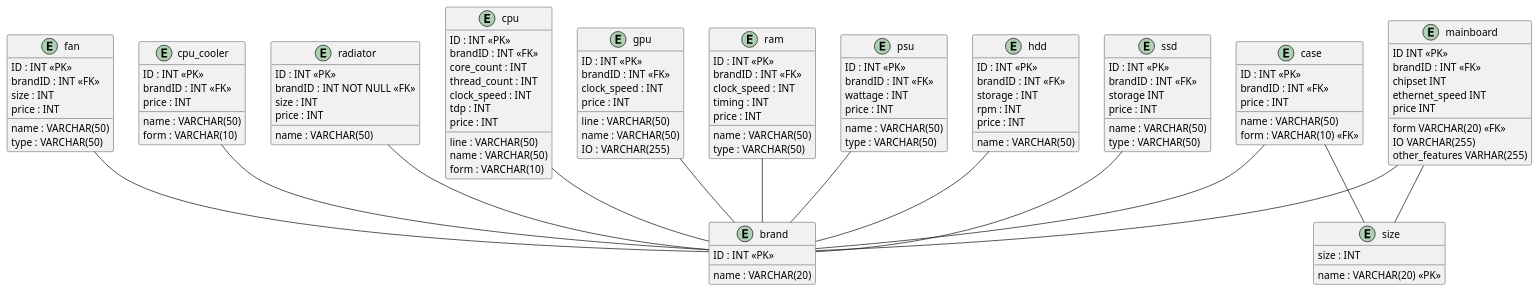
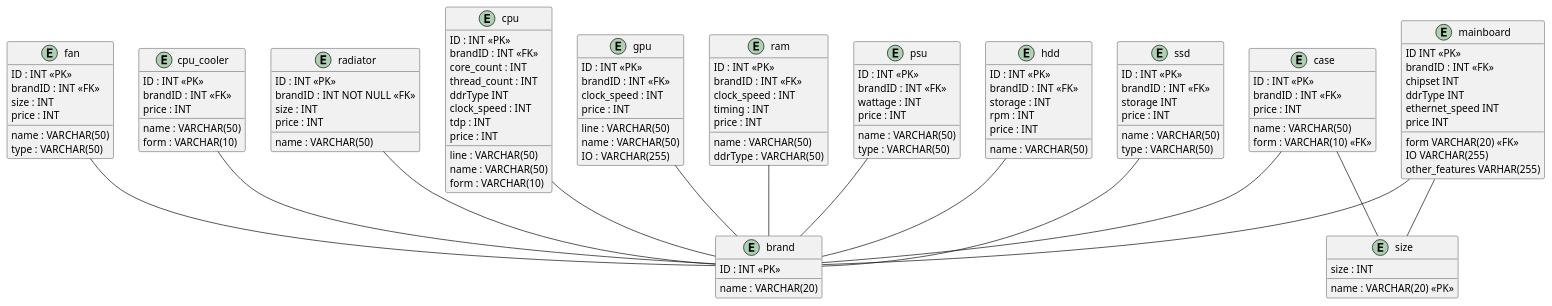
The diagram in database/ERM.pu (osakaruhub/BuildAPC), drawn with PlantUML before and after one commit. The commit also changed 6 other files, not shown here.

```diff
--- a/database/ERM.pu
+++ b/database/ERM.pu
@@ -1,130 +1,132 @@
 @startuml
 
 entity "brand" {
   ID : INT <<PK>>
   name : VARCHAR(20)
 }
 
 entity "mainboard" {
   ID INT <<PK>>
   brandID : INT <<FK>>
   chipset INT
   form VARCHAR(20) <<FK>>
+  ddrType INT
   ethernet_speed INT
   IO VARCHAR(255)
   other_features VARHAR(255)
   price INT
 }
 
 entity "cpu" {
   ID : INT <<PK>>
   brandID : INT <<FK>>
   line : VARCHAR(50)
   name : VARCHAR(50)
   core_count : INT
   thread_count : INT
+  ddrType INT
   clock_speed : INT 
   form : VARCHAR(10)
   tdp : INT
   price : INT
 }
 
 entity "gpu" {
   ID : INT <<PK>>
   brandID : INT <<FK>>
   line : VARCHAR(50)
   name : VARCHAR(50)
   clock_speed : INT 
   IO : VARCHAR(255)
   price : INT
 }
 
 entity "ram" {
   ID : INT <<PK>>
   brandID : INT <<FK>>
   name : VARCHAR(50)
   clock_speed : INT 
   timing : INT
-  type : VARCHAR(50)
+  ddrType : VARCHAR(50)
   price : INT
 }
 
 entity "psu" {
   ID : INT <<PK>>
   brandID : INT <<FK>>
   name : VARCHAR(50)
   wattage : INT
   type : VARCHAR(50)
   price : INT
 }
 
 entity "hdd" {
   ID : INT <<PK>>
   brandID : INT <<FK>>
   name : VARCHAR(50)
   storage : INT
   rpm : INT
   price : INT
 }
 
 entity "ssd" {
   ID : INT <<PK>>
   brandID : INT <<FK>>
   name : VARCHAR(50)
   storage INT
   type : VARCHAR(50)
   price : INT
 }
 
 entity "case" {
   ID : INT <<PK>>
   brandID : INT <<FK>>
   name : VARCHAR(50)
   form : VARCHAR(10) <<FK>>
   price : INT
 }
 
 entity "size" {
   name : VARCHAR(20) <<PK>>
   size : INT
 }
 
 entity "fan" {
   ID : INT <<PK>>
   brandID : INT <<FK>>
   name : VARCHAR(50)
   size : INT
   type : VARCHAR(50)
   price : INT
 }
 
 entity "cpu_cooler" {
   ID : INT <<PK>>
   brandID : INT <<FK>>
   name : VARCHAR(50)
   form : VARCHAR(10)
   price : INT
 }
 
 entity "radiator" {
   ID : INT <<PK>>
   brandID : INT NOT NULL <<FK>>
   name : VARCHAR(50)
   size : INT 
   price : INT
 }
 
 mainboard -- brand
 cpu -- brand
 gpu -- brand
 ram -- brand
 psu -- brand
 hdd -- brand
 ssd -- brand
 case -- brand
 fan -- brand
 cpu_cooler -- brand
 radiator -- brand
 case -- size
 mainboard -- size
 @enduml
```
